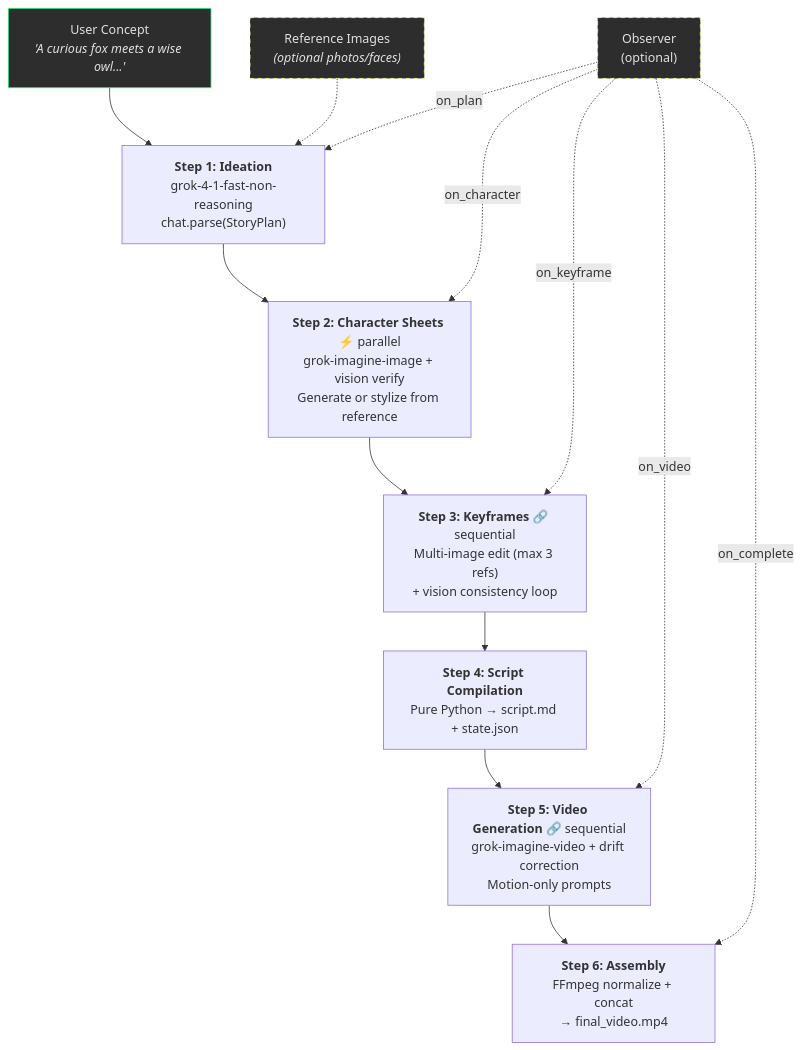
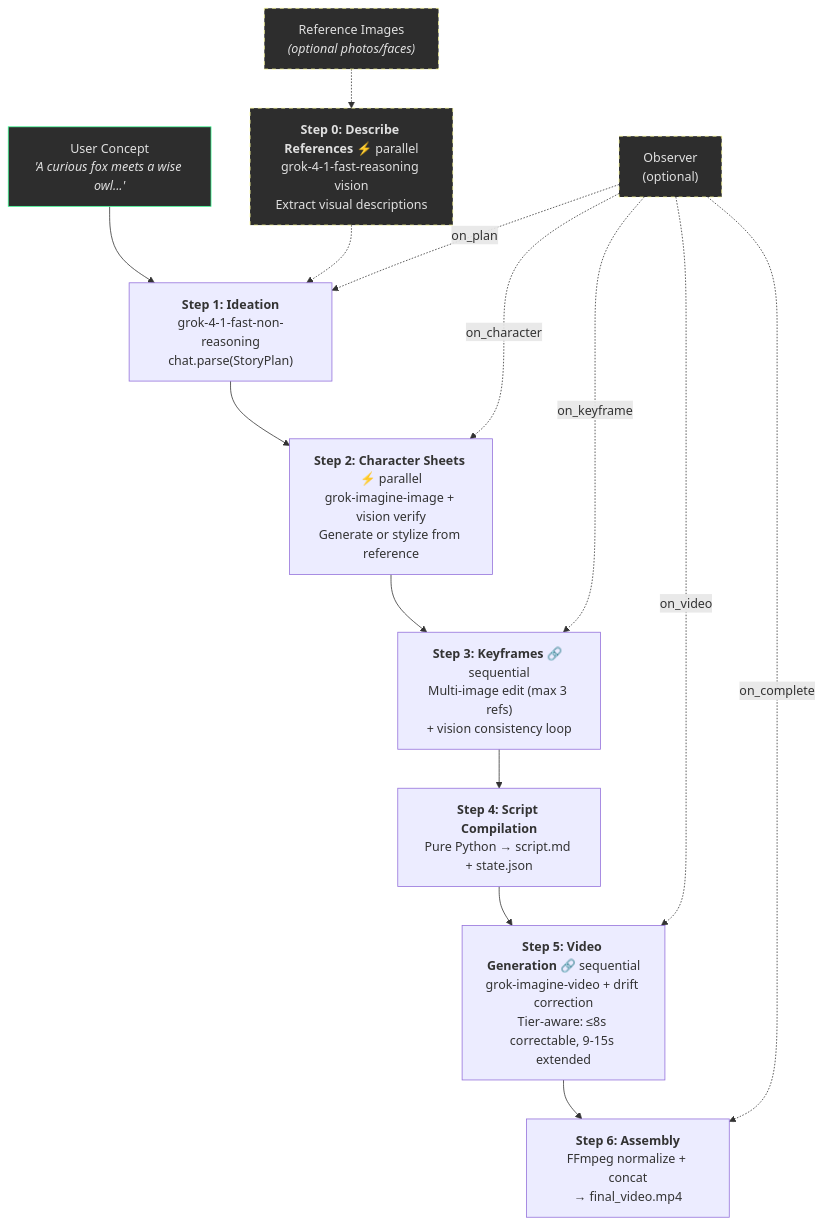
Before and after one commit to vkhansen/grok-spicy: the first of 7 diagrams in README.md, drawn with Mermaid. The commit also changed other lines of this file and 17 other files, not shown here.

````diff
--- a/README.md
+++ b/README.md
@@ -43,22 +43,24 @@
 ```mermaid
 flowchart TD
     A["User Concept<br/><i>'A curious fox meets a wise owl...'</i>"] --> B
-    R["Reference Images<br/><i>(optional photos/faces)</i>"] -.-> B
+    R["Reference Images<br/><i>(optional photos/faces)</i>"] -.-> R0
+    R0["<b>Step 0: Describe References</b> ⚡ parallel<br/>grok-4-1-fast-reasoning vision<br/>Extract visual descriptions"] -.-> B
 
     B["<b>Step 1: Ideation</b><br/>grok-4-1-fast-non-reasoning<br/>chat.parse(StoryPlan)"]
     B --> C["<b>Step 2: Character Sheets</b> ⚡ parallel<br/>grok-imagine-image + vision verify<br/>Generate or stylize from reference"]
     C --> D["<b>Step 3: Keyframes</b> 🔗 sequential<br/>Multi-image edit (max 3 refs)<br/>+ vision consistency loop"]
     D --> E["<b>Step 4: Script Compilation</b><br/>Pure Python → script.md + state.json"]
-    E --> F["<b>Step 5: Video Generation</b> 🔗 sequential<br/>grok-imagine-video + drift correction<br/>Motion-only prompts"]
+    E --> F["<b>Step 5: Video Generation</b> 🔗 sequential<br/>grok-imagine-video + drift correction<br/>Tier-aware: ≤8s correctable, 9-15s extended"]
     F --> G["<b>Step 6: Assembly</b><br/>FFmpeg normalize + concat<br/>→ final_video.mp4"]
 
     O["Observer<br/>(optional)"] -.->|on_plan| B
     O -.->|on_character| C
     O -.->|on_keyframe| D
     O -.->|on_video| F
     O -.->|on_complete| G
 
     style A fill:#2d2d2d,stroke:#4f9,color:#e0e0e0
     style R fill:#2d2d2d,stroke:#ff9,color:#e0e0e0,stroke-dasharray: 5 5
+    style R0 fill:#2d2d2d,stroke:#ff9,color:#e0e0e0,stroke-dasharray: 5 5
     style O fill:#2d2d2d,stroke:#ff9,color:#e0e0e0,stroke-dasharray: 5 5
 ```
````
